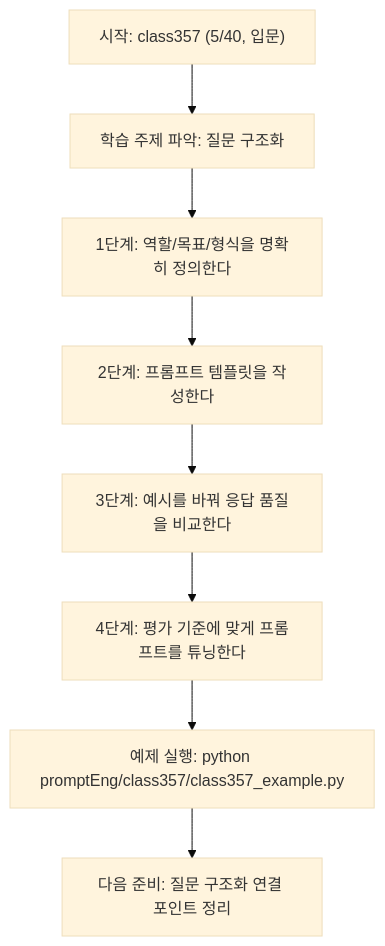
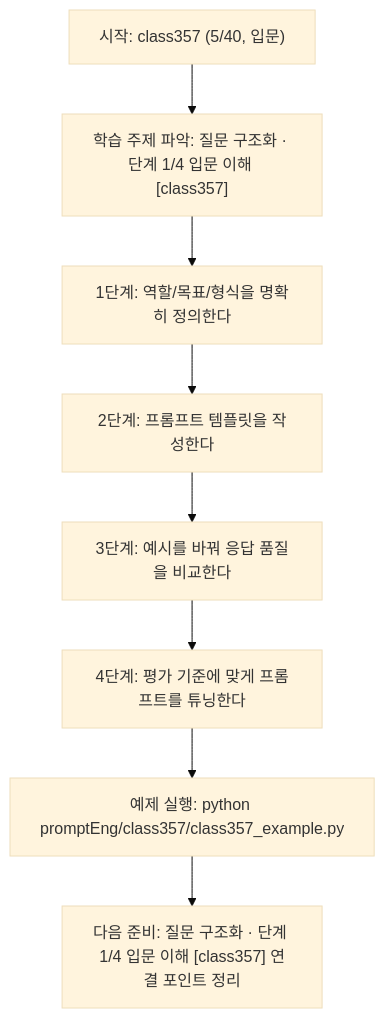
One commit to edumgt/Python-AI_Agent-Class changed the diagram in promptEng/class357/class357.md. Above: the diagram before and after it, drawn with Mermaid (base theme). The commit also changed other lines of this file and 522 other files, not shown here.

````diff
--- a/promptEng/class357/class357.md
+++ b/promptEng/class357/class357.md
@@ -108,18 +109,18 @@
 ```mermaid
 flowchart TD
 N1["시작: class357 (5/40, 입문)"]
-N2["학습 주제 파악: 질문 구조화"]
+N2["학습 주제 파악: 질문 구조화 · 단계 1/4 입문 이해 [class357]"]
 N3["1단계: 역할/목표/형식을 명확히 정의한다"]
 N4["2단계: 프롬프트 템플릿을 작성한다"]
 N5["3단계: 예시를 바꿔 응답 품질을 비교한다"]
 N6["4단계: 평가 기준에 맞게 프롬프트를 튜닝한다"]
 N7["예제 실행: python promptEng/class357/class357_example.py"]
-N8["다음 준비: 질문 구조화 연결 포인트 정리"]
+N8["다음 준비: 질문 구조화 · 단계 1/4 입문 이해 [class357] 연결 포인트 정리"]
 N1 --> N2
 N2 --> N3
 N3 --> N4
 N4 --> N5
 N5 --> N6
 N6 --> N7
 N7 --> N8
 ```
````
